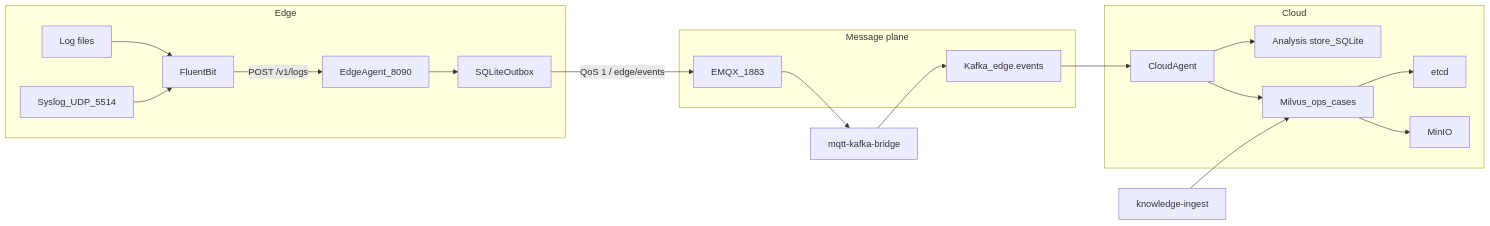
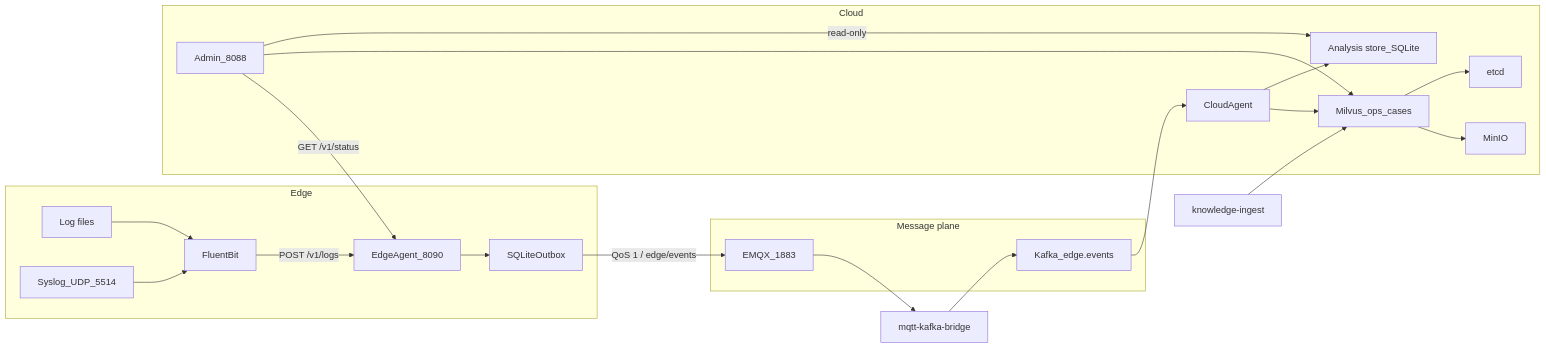
Before and after one commit to fanqingsong/edge-semantic-compress-intelligence: the first of 3 diagrams in README.md, drawn with Mermaid. The commit also changed other lines of this file and 33 other files, not shown here.

Commit message:
Add a cloud admin console so operators can read analyses and import knowledge.

````diff
--- a/README.md
+++ b/README.md
@@ -15,32 +15,36 @@
 ```mermaid
 flowchart LR
 	subgraph EdgeDeploy[Edge]
 		LogFiles[Log files] --> FluentBit[FluentBit]
 		SyslogUdp[Syslog_UDP_5514] --> FluentBit
 		FluentBit -->|"POST /v1/logs"| EdgeAgent[EdgeAgent_8090]
 		EdgeAgent --> Outbox[SQLiteOutbox]
 	end
 
 	subgraph Broker[Message plane]
 		Emqx[EMQX_1883]
 		Kafka[Kafka_edge.events]
 	end
 
 	subgraph CloudDeploy[Cloud]
 		CloudAgent[CloudAgent]
+		Admin[Admin_8088]
 		AnalysisDb[Analysis store_SQLite]
 		Milvus[Milvus_ops_cases]
 		Etcd[etcd]
 		Minio[MinIO]
 	end
 
 	KnowledgeCli[knowledge-ingest] --> Milvus
 	Outbox -->|"QoS 1 / edge/events"| Emqx
 	Emqx --> Bridge[mqtt-kafka-bridge]
 	Bridge --> Kafka
 	Kafka --> CloudAgent
 	CloudAgent --> AnalysisDb
 	CloudAgent --> Milvus
+	Admin -->|read-only| AnalysisDb
+	Admin --> Milvus
+	Admin -->|"GET /v1/status"| EdgeAgent
 	Milvus --> Etcd
 	Milvus --> Minio
 ```
````
